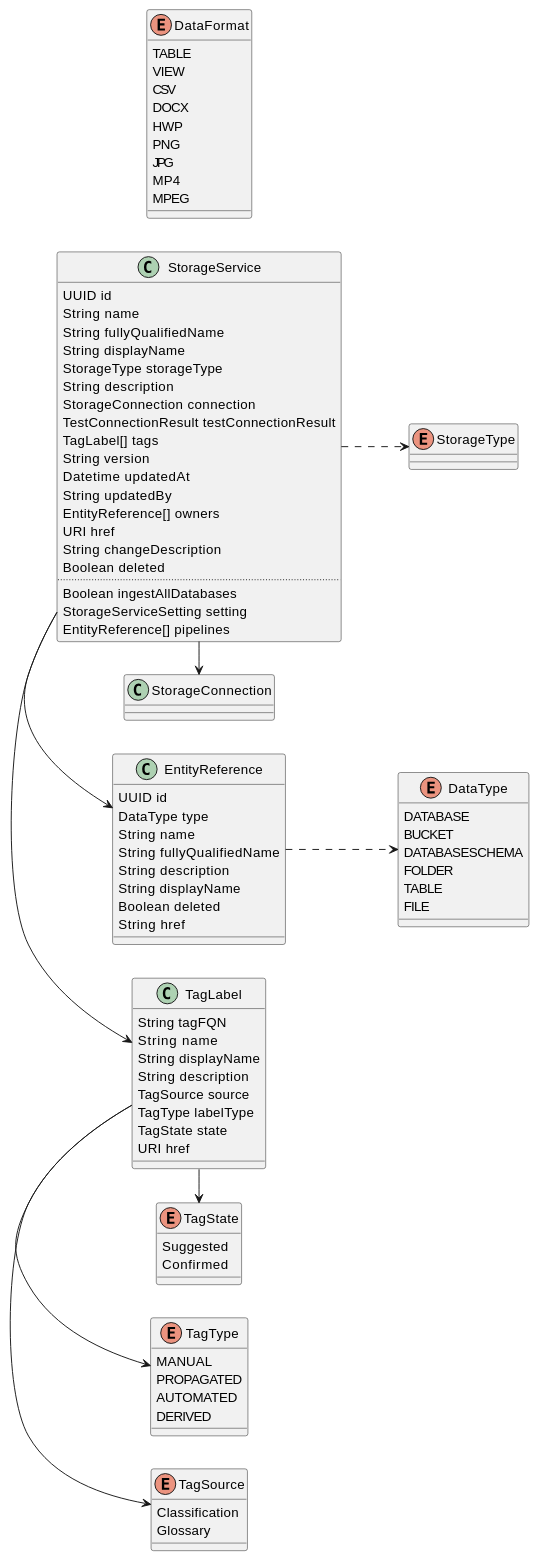
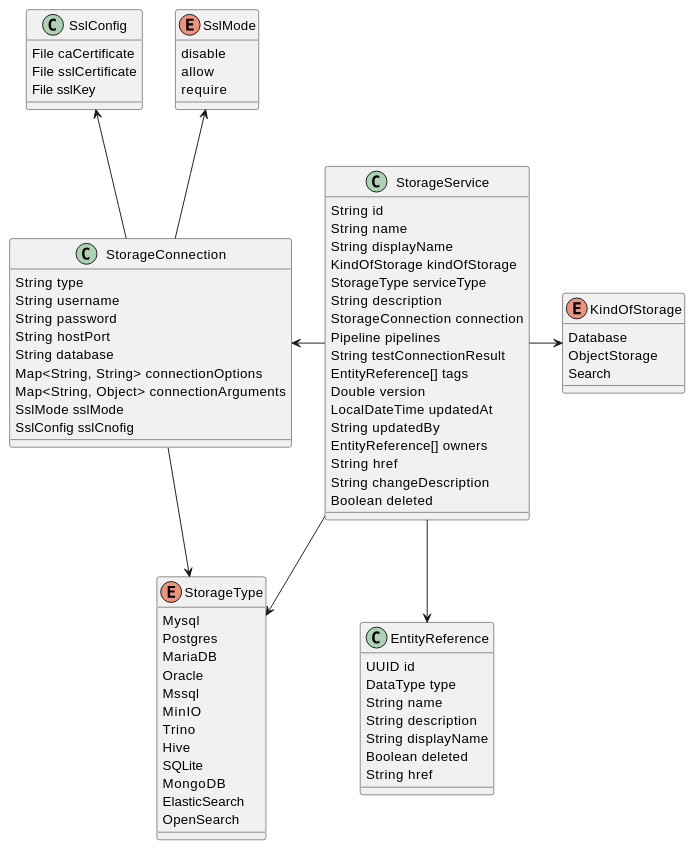
One commit to DataFabricTech/DataFabricPlatform changed the fourth of 5 diagrams in docs/arch/metadata_server/virtualization-storage.md. Above: the diagram before and after it, drawn with PlantUML. The commit also changed other lines of this file and 2 other files, not shown here.

````diff
--- a/docs/arch/metadata_server/virtualization-storage.md
+++ b/docs/arch/metadata_server/virtualization-storage.md
@@ -357,104 +281,89 @@
 ```plantuml
 @startuml
-left to right direction
+enum StorageType {
+  Mysql
+  Postgres
+  MariaDB
+  Oracle
+  Mssql
+  MinIO
+  Trino
+  Hive
+  SQLite
+  MongoDB
+  ElasticSearch
+  OpenSearch
+}
+
+enum SslMode {
+  disable
+  allow
+  require
+}
+
+class SslConfig {
+  File caCertificate
+  File sslCertificate
+  File sslKey
+}
+
+class StorageConnection {
+  String type
+  String username
+  String password
+  String hostPort
+  String database
+  Map<String, String> connectionOptions
+  Map<String, Object> connectionArguments
+  SslMode sslMode
+  SslConfig sslCnofig
+}
+
+StorageConnection -up-> StorageType
+StorageConnection -up-> SslMode
+StorageConnection -up-> SslConfig
+
+enum KindOfStorage {
+  Database
+  ObjectStorage
+  Search
+}
+
+StorageService --> StorageType
+StorageService -right-> KindOfStorage
+StorageService -left-> StorageConnection 
+
+class StorageService {
+  String id
+  String name
+  String displayName
+  KindOfStorage kindOfStorage
+  StorageType serviceType
+  String description
+  StorageConnection connection
+  Pipeline pipelines
+  String testConnectionResult
+  EntityReference[] tags
+  Double version
+  LocalDateTime updatedAt
+  String updatedBy
+  EntityReference[] owners
+  String href
+  String changeDescription
+  Boolean deleted
+}
 
 class EntityReference {
   UUID id
   DataType type
   String name
-  String fullyQualifiedName
   String description
   String displayName
   Boolean deleted
-  ' Boolean inherited
   String href
 }
 
-enum StorageType {
-}
-
-enum TagSource {
-  Classification
-  Glossary
-}
-
-enum TagType {
-  MANUAL
-  PROPAGATED
-  AUTOMATED
-  DERIVED  
-}
-
-enum TagState {
-  Suggested
-  Confirmed
-}
-
-class TagLabel {
-  String tagFQN
-  String  name
-  String displayName
-  String description
-  TagSource source
-  TagType labelType
-  TagState state
-  URI href
-}
-
-TagLabel -> TagSource
-TagLabel -> TagType
-TagLabel -> TagState
-
-enum DataType {
-  DATABASE
-  BUCKET
-  DATABASESCHEMA
-  FOLDER 
-  TABLE
-  FILE
-}
-
-enum DataFormat {
-  TABLE
-  VIEW
-  CSV
-  DOCX
-  HWP
-  PNG
-  JPG
-  MP4
-  MPEG
-}
-
-class StorageService {
-  UUID id
-  String name
-  String fullyQualifiedName
-  String displayName
-  StorageType storageType
-  String description
-  StorageConnection connection
-  TestConnectionResult testConnectionResult
-  TagLabel[] tags
-  String version
-  Datetime updatedAt
-  String updatedBy
-  EntityReference[] owners
-  URI href
-  String changeDescription
-  Boolean deleted
-  ..
-  ' 데이터베이스 전체에 접근 권한이 있는 경우 설정하여 전체 데이터베이스의 데이터를 수집할 수 있음.
-  Boolean ingestAllDatabases
-  StorageServiceSetting setting
-  EntityReference[] pipelines
-}
-
-EntityReference ..> DataType
-StorageService -> EntityReference
-StorageService ..> StorageType
-StorageService -> StorageConnection
-StorageService -> TagLabel
+StorageService --> EntityReference
 
 @enduml
 ```
````
